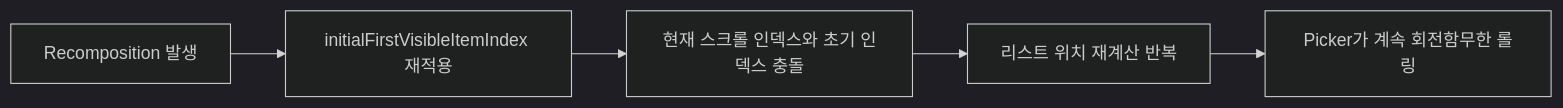
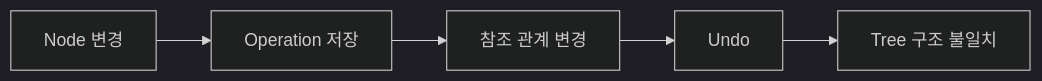
Before and after one commit to UiHyeon-Kim/GureumPage: the third of 7 diagrams in README.md, drawn with Mermaid (dark theme). The commit also changed other lines of this file, not shown here.

````diff
--- a/README.md
+++ b/README.md
@@ -162,9 +156,10 @@
 ```mermaid
 flowchart LR
+    A["Node 변경"]
+    B["Operation 저장"]
+    C["참조 관계 변경"]
+    D["Undo"]
+    E["Tree 구조 불일치"]
 
-A[Recomposition 발생] --> B[initialFirstVisibleItemIndex 재적용]
-B --> C[현재 스크롤 인덱스와 초기 인덱스 충돌]
-C --> D[리스트 위치 재계산 반복]
-D --> E[Picker가 계속 회전함무한 롤링]
-
+    A --> B --> C --> D --> E
 ```
````
